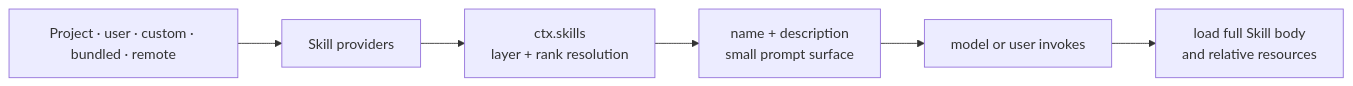
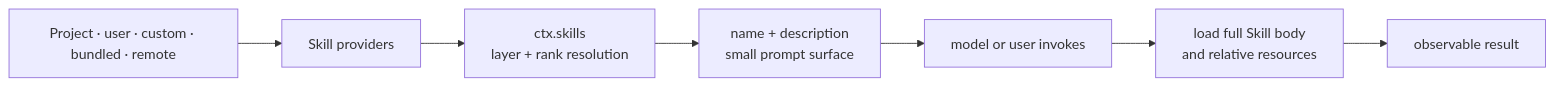
The diagram in docs/en/agent-patterns/skills.md (sandbaseai/deepseek-harness-handbook), drawn with Mermaid before and after one commit. The commit also changed other lines of this file and 10 other files, not shown here.

````diff
--- a/docs/en/agent-patterns/skills.md
+++ b/docs/en/agent-patterns/skills.md
@@ -13,8 +16,9 @@
 ```mermaid
 flowchart LR
   Sources["Project · user · custom · bundled · remote"] --> Providers["Skill providers"]
   Providers --> Registry["ctx.skills\nlayer + rank resolution"]
   Registry --> Catalog["name + description\nsmall prompt surface"]
   Catalog --> Invoke["model or user invokes"]
   Invoke --> Body["load full Skill body\nand relative resources"]
+  Body --> Evidence["observable result"]
 ```
````
